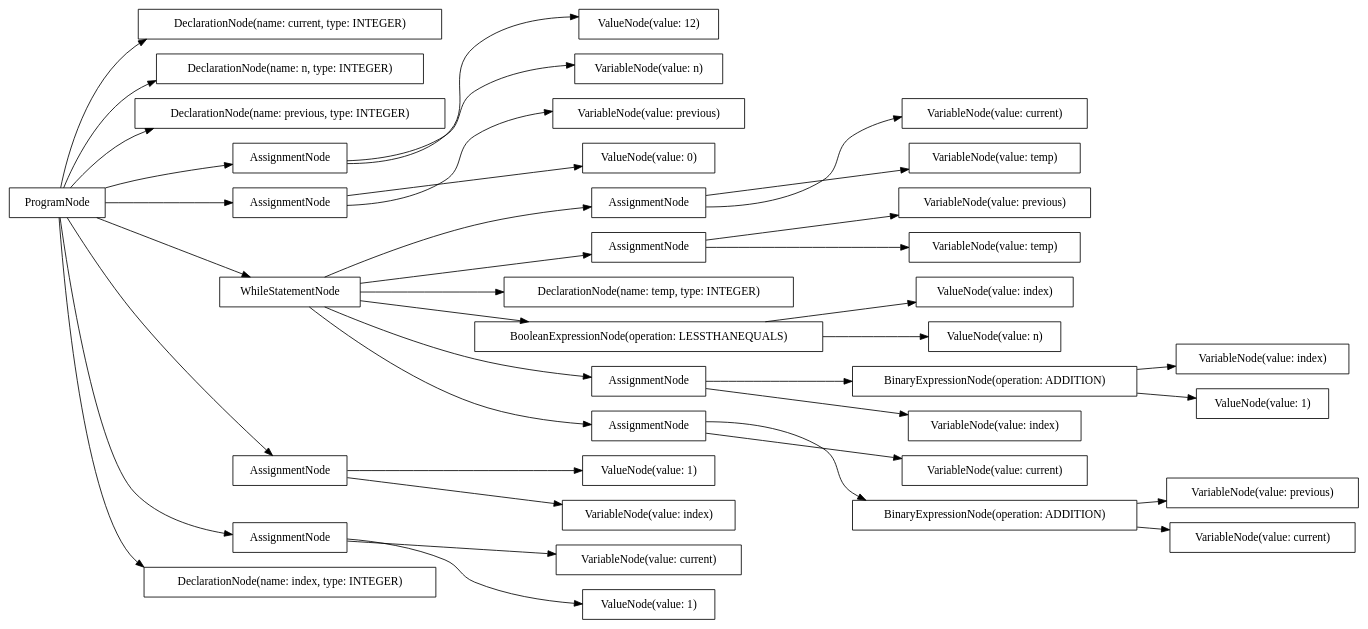
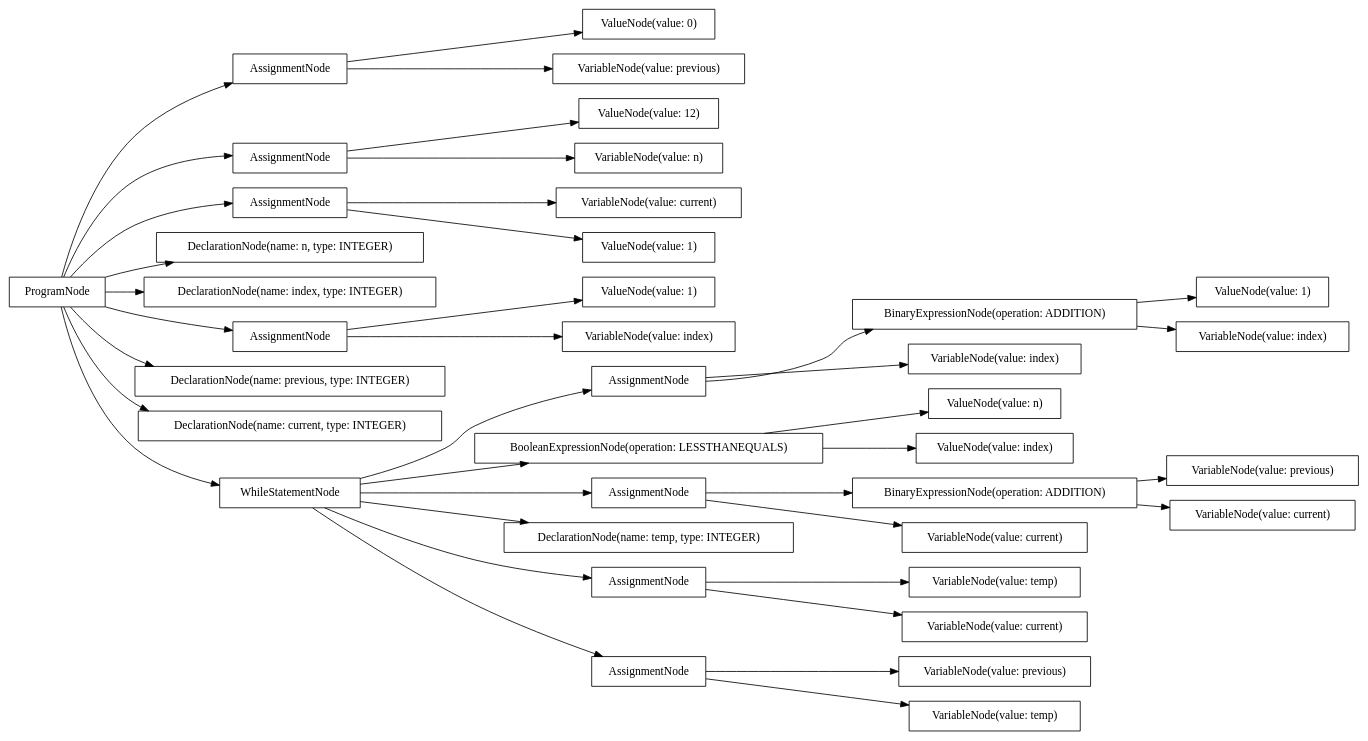
The diagram in src/output/dot/fibonacci.dot (AtLeastITry/ANTLR-Python-Compiler), drawn with Graphviz before and after one commit. The commit also changed 27 other files, not shown here.

```diff
--- a/src/output/dot/fibonacci.dot
+++ b/src/output/dot/fibonacci.dot
@@ -1,78 +1,78 @@
 digraph G {
 rankdir=LR
-"d351df20-705d-4ba7-b9bf-db72c77d54fa" [label="VariableNode(value: current)" shape="box"];
-"afb621a7-649d-4f29-9856-b1f657f5e0b6" [label="VariableNode(value: previous)" shape="box"];
-"07def248-705c-4af2-99a7-7efdf1d8cbbd" [label="VariableNode(value: previous)" shape="box"];
-"62715fe0-6ca6-4fcd-afc8-232fb898464d" [label="VariableNode(value: current)" shape="box"];
-"a962307b-da0e-4551-a25a-267df6364e5f" [label="AssignmentNode" shape="box"];
-"b2811796-68e4-46d4-bb67-082c1c452ca0" [label="VariableNode(value: current)" shape="box"];
-"6dfb905c-8f5f-4108-a3e1-308a78539245" [label="DeclarationNode(name: current, type: INTEGER)" shape="box"];
-"aa330441-91dc-4860-bff7-f1ae43f5a5ef" [label="VariableNode(value: temp)" shape="box"];
-"d94ba457-8ddc-47f6-9b8d-3f806da4d2cf" [label="ProgramNode" shape="box"];
-"3a541a2d-b094-4913-b15a-5819d9787b94" [label="VariableNode(value: temp)" shape="box"];
-"4c28daf3-78e5-468a-8c88-2329f12d582d" [label="DeclarationNode(name: n, type: INTEGER)" shape="box"];
-"bb4b544b-4f6b-4484-b106-6e90b7e80104" [label="BinaryExpressionNode(operation: ADDITION)" shape="box"];
-"3fcb11d2-99a3-4ea0-bd5d-3809beb4d22d" [label="VariableNode(value: index)" shape="box"];
-"934fa1f3-e337-4dd5-85e2-20c6f70688e5" [label="DeclarationNode(name: previous, type: INTEGER)" shape="box"];
-"a44e3297-3ae8-4b9c-aeea-5f449fb9d5a3" [label="ValueNode(value: 1)" shape="box"];
-"d9bb13e6-2620-47ba-bb6b-5ec1e2c679b7" [label="AssignmentNode" shape="box"];
-"4d9fc8d8-71e3-4b3f-8996-4f9dd0ab33db" [label="DeclarationNode(name: temp, type: INTEGER)" shape="box"];
-"95d0abc1-fd3b-4f1a-8b48-6d8484d48848" [label="VariableNode(value: index)" shape="box"];
-"40cc8a86-187b-42e3-9139-42bed0407db4" [label="ValueNode(value: 1)" shape="box"];
-"b891cab5-c0fa-4661-871a-b8c64f7cb87c" [label="VariableNode(value: previous)" shape="box"];
-"7054998d-5c93-4dc5-a447-4b06303ca5d1" [label="BooleanExpressionNode(operation: LESSTHANEQUALS)" shape="box"];
-"81e436a4-a9e8-4f60-85ce-1b355e9ba38c" [label="AssignmentNode" shape="box"];
-"c65bb265-a7fb-4e1e-a2bb-e29bc7bcc522" [label="AssignmentNode" shape="box"];
-"b11b3859-8898-4a51-8042-315af597e2a2" [label="ValueNode(value: 12)" shape="box"];
-"687618a6-bfc2-4875-84a6-3db3334574d1" [label="VariableNode(value: index)" shape="box"];
-"869e9b49-ee17-4fc6-af1f-0ada4cc21ee6" [label="ValueNode(value: index)" shape="box"];
-"79b38956-6ed8-4623-a594-6e58a9de77a5" [label="WhileStatementNode" shape="box"];
-"9d4ef86c-b6ca-422d-9a9b-645fba5941f2" [label="AssignmentNode" shape="box"];
-"8ed612ba-2ccb-4006-b5c2-46d0ff2610be" [label="AssignmentNode" shape="box"];
-"434b31d3-3b4c-4480-b0cd-a1e77cbb7029" [label="AssignmentNode" shape="box"];
-"99213c83-a2c9-42c0-8ae4-97d61e426134" [label="BinaryExpressionNode(operation: ADDITION)" shape="box"];
-"770ccbf3-055d-4c93-af0c-0ede708e9082" [label="VariableNode(value: current)" shape="box"];
-"7e5935e5-7318-4468-ae05-6d7d5ea778e3" [label="ValueNode(value: n)" shape="box"];
-"d1c4cabf-eab7-4641-8933-ea84a4aa1263" [label="ValueNode(value: 1)" shape="box"];
-"18864797-e775-49d3-b03f-bef4b9a128a5" [label="AssignmentNode" shape="box"];
-"0d1d17d1-65de-448d-b2f3-3c752d8021e0" [label="VariableNode(value: n)" shape="box"];
-"01a53c94-d742-45d3-98d1-23701994ef6c" [label="ValueNode(value: 0)" shape="box"];
-"bf854691-5297-4f42-b3ef-55fed016af79" [label="DeclarationNode(name: index, type: INTEGER)" shape="box"];
-"d94ba457-8ddc-47f6-9b8d-3f806da4d2cf" -> "4c28daf3-78e5-468a-8c88-2329f12d582d";
-"d94ba457-8ddc-47f6-9b8d-3f806da4d2cf" -> "934fa1f3-e337-4dd5-85e2-20c6f70688e5";
-"d94ba457-8ddc-47f6-9b8d-3f806da4d2cf" -> "6dfb905c-8f5f-4108-a3e1-308a78539245";
-"d94ba457-8ddc-47f6-9b8d-3f806da4d2cf" -> "bf854691-5297-4f42-b3ef-55fed016af79";
-"d94ba457-8ddc-47f6-9b8d-3f806da4d2cf" -> "81e436a4-a9e8-4f60-85ce-1b355e9ba38c";
-"81e436a4-a9e8-4f60-85ce-1b355e9ba38c" -> "0d1d17d1-65de-448d-b2f3-3c752d8021e0";
-"81e436a4-a9e8-4f60-85ce-1b355e9ba38c" -> "b11b3859-8898-4a51-8042-315af597e2a2";
-"d94ba457-8ddc-47f6-9b8d-3f806da4d2cf" -> "c65bb265-a7fb-4e1e-a2bb-e29bc7bcc522";
-"c65bb265-a7fb-4e1e-a2bb-e29bc7bcc522" -> "b891cab5-c0fa-4661-871a-b8c64f7cb87c";
-"c65bb265-a7fb-4e1e-a2bb-e29bc7bcc522" -> "01a53c94-d742-45d3-98d1-23701994ef6c";
-"d94ba457-8ddc-47f6-9b8d-3f806da4d2cf" -> "18864797-e775-49d3-b03f-bef4b9a128a5";
-"18864797-e775-49d3-b03f-bef4b9a128a5" -> "62715fe0-6ca6-4fcd-afc8-232fb898464d";
-"18864797-e775-49d3-b03f-bef4b9a128a5" -> "a44e3297-3ae8-4b9c-aeea-5f449fb9d5a3";
-"d94ba457-8ddc-47f6-9b8d-3f806da4d2cf" -> "9d4ef86c-b6ca-422d-9a9b-645fba5941f2";
-"9d4ef86c-b6ca-422d-9a9b-645fba5941f2" -> "687618a6-bfc2-4875-84a6-3db3334574d1";
-"9d4ef86c-b6ca-422d-9a9b-645fba5941f2" -> "40cc8a86-187b-42e3-9139-42bed0407db4";
-"d94ba457-8ddc-47f6-9b8d-3f806da4d2cf" -> "79b38956-6ed8-4623-a594-6e58a9de77a5";
-"79b38956-6ed8-4623-a594-6e58a9de77a5" -> "7054998d-5c93-4dc5-a447-4b06303ca5d1";
-"7054998d-5c93-4dc5-a447-4b06303ca5d1" -> "869e9b49-ee17-4fc6-af1f-0ada4cc21ee6";
-"7054998d-5c93-4dc5-a447-4b06303ca5d1" -> "7e5935e5-7318-4468-ae05-6d7d5ea778e3";
-"79b38956-6ed8-4623-a594-6e58a9de77a5" -> "4d9fc8d8-71e3-4b3f-8996-4f9dd0ab33db";
-"79b38956-6ed8-4623-a594-6e58a9de77a5" -> "a962307b-da0e-4551-a25a-267df6364e5f";
-"a962307b-da0e-4551-a25a-267df6364e5f" -> "3a541a2d-b094-4913-b15a-5819d9787b94";
-"a962307b-da0e-4551-a25a-267df6364e5f" -> "d351df20-705d-4ba7-b9bf-db72c77d54fa";
-"79b38956-6ed8-4623-a594-6e58a9de77a5" -> "434b31d3-3b4c-4480-b0cd-a1e77cbb7029";
-"434b31d3-3b4c-4480-b0cd-a1e77cbb7029" -> "b2811796-68e4-46d4-bb67-082c1c452ca0";
-"434b31d3-3b4c-4480-b0cd-a1e77cbb7029" -> "99213c83-a2c9-42c0-8ae4-97d61e426134";
-"99213c83-a2c9-42c0-8ae4-97d61e426134" -> "770ccbf3-055d-4c93-af0c-0ede708e9082";
-"99213c83-a2c9-42c0-8ae4-97d61e426134" -> "afb621a7-649d-4f29-9856-b1f657f5e0b6";
-"79b38956-6ed8-4623-a594-6e58a9de77a5" -> "d9bb13e6-2620-47ba-bb6b-5ec1e2c679b7";
-"d9bb13e6-2620-47ba-bb6b-5ec1e2c679b7" -> "07def248-705c-4af2-99a7-7efdf1d8cbbd";
-"d9bb13e6-2620-47ba-bb6b-5ec1e2c679b7" -> "aa330441-91dc-4860-bff7-f1ae43f5a5ef";
-"79b38956-6ed8-4623-a594-6e58a9de77a5" -> "8ed612ba-2ccb-4006-b5c2-46d0ff2610be";
-"8ed612ba-2ccb-4006-b5c2-46d0ff2610be" -> "3fcb11d2-99a3-4ea0-bd5d-3809beb4d22d";
-"8ed612ba-2ccb-4006-b5c2-46d0ff2610be" -> "bb4b544b-4f6b-4484-b106-6e90b7e80104";
-"bb4b544b-4f6b-4484-b106-6e90b7e80104" -> "95d0abc1-fd3b-4f1a-8b48-6d8484d48848";
-"bb4b544b-4f6b-4484-b106-6e90b7e80104" -> "d1c4cabf-eab7-4641-8933-ea84a4aa1263";
+"758e87f8-3700-4b4b-a46a-335cfe72c9bd" [label="VariableNode(value: current)" shape="box"];
+"7b184967-0028-4b45-9130-c0f030b28766" [label="AssignmentNode" shape="box"];
+"cc47fc6d-44df-4bf0-8711-1a36c2c660ec" [label="AssignmentNode" shape="box"];
+"ed6d64d2-b5a5-4976-8cf6-c78ffff50ca8" [label="AssignmentNode" shape="box"];
+"f66252fe-bddf-4716-b5b7-cdb740a88d74" [label="AssignmentNode" shape="box"];
+"9ffbd37d-c9d5-4bf7-a9f4-8ca41c539aec" [label="DeclarationNode(name: n, type: INTEGER)" shape="box"];
+"d711e33c-3684-41d2-87ec-b0161762f3ee" [label="VariableNode(value: previous)" shape="box"];
+"8d0e8b3c-b594-4d32-9597-21e71024e1ce" [label="DeclarationNode(name: index, type: INTEGER)" shape="box"];
+"d8d54c6c-949c-484b-9edb-17b0cd95d201" [label="ValueNode(value: 1)" shape="box"];
+"4a8c62e1-796e-4714-b318-412b3215c3e0" [label="ValueNode(value: 1)" shape="box"];
+"175ec49c-8d45-4d2d-bff0-80fe78243952" [label="ValueNode(value: 12)" shape="box"];
+"754b1b68-b2b7-418b-af2f-923efcc3db1e" [label="BinaryExpressionNode(operation: ADDITION)" shape="box"];
+"5b030e13-bbc3-4cb2-a45c-3d39f6ab907b" [label="VariableNode(value: previous)" shape="box"];
+"594c1354-8241-4291-892d-89b66bd35d56" [label="VariableNode(value: temp)" shape="box"];
+"bee330e6-4e87-4c4c-ac0c-f7d1e3a8106c" [label="AssignmentNode" shape="box"];
+"91eb00e1-5ceb-456e-98d7-7892abe1d4b3" [label="ValueNode(value: n)" shape="box"];
+"9b2675c5-fbf3-450a-addd-f1acadf20a02" [label="DeclarationNode(name: previous, type: INTEGER)" shape="box"];
+"19f87d57-4fdf-4f5b-82aa-59a9af46be73" [label="BooleanExpressionNode(operation: LESSTHANEQUALS)" shape="box"];
+"adec7716-40ad-491c-a67b-cf7bc5c7a192" [label="VariableNode(value: index)" shape="box"];
+"a0948798-efc5-4159-9c7b-32d752c17022" [label="BinaryExpressionNode(operation: ADDITION)" shape="box"];
+"1337897e-29a7-4a75-baa7-06ccb3e908fb" [label="ValueNode(value: 0)" shape="box"];
+"bc7c0525-d591-40fa-8847-737034de9178" [label="AssignmentNode" shape="box"];
+"86c2bcda-6669-4e43-a198-a6053d1ab411" [label="DeclarationNode(name: temp, type: INTEGER)" shape="box"];
+"29b3723e-0d92-4f94-9274-1654600ecac0" [label="ProgramNode" shape="box"];
+"8866562d-389d-4cb7-8b33-3eb20744644f" [label="ValueNode(value: 1)" shape="box"];
+"398151b3-c591-45c2-8db9-573e3bb4bbbe" [label="VariableNode(value: temp)" shape="box"];
+"18a51010-f6bf-463c-9da9-e0838767b009" [label="VariableNode(value: n)" shape="box"];
+"24b937b9-e07f-478a-bbcf-7c8449e49028" [label="VariableNode(value: current)" shape="box"];
+"0bf64e06-c32a-4e4b-9ba7-077f1369e813" [label="DeclarationNode(name: current, type: INTEGER)" shape="box"];
+"a6055a03-f5d2-4c46-8368-06c0e54fb286" [label="VariableNode(value: previous)" shape="box"];
+"d15508ba-3fe5-43c7-a5bc-af52756458f4" [label="VariableNode(value: index)" shape="box"];
+"8c62ea3e-5658-473d-a812-fbbf36d266f5" [label="VariableNode(value: index)" shape="box"];
+"453d165a-ae33-4ae7-af14-011376e3b422" [label="VariableNode(value: current)" shape="box"];
+"5769147d-badb-4f45-bd46-68f5cb8fc701" [label="AssignmentNode" shape="box"];
+"9f01a66b-8a12-4da3-8d1c-f5852c8e7a34" [label="WhileStatementNode" shape="box"];
+"f17347d5-ec1d-4eb3-9e9f-53cd7e0ce66e" [label="ValueNode(value: index)" shape="box"];
+"4c120228-02db-4c13-8482-e975bb86c73b" [label="AssignmentNode" shape="box"];
+"fc5bbfc4-cd9b-4c3a-a6d5-fd949a7dc53b" [label="VariableNode(value: current)" shape="box"];
+"29b3723e-0d92-4f94-9274-1654600ecac0" -> "9ffbd37d-c9d5-4bf7-a9f4-8ca41c539aec";
+"29b3723e-0d92-4f94-9274-1654600ecac0" -> "9b2675c5-fbf3-450a-addd-f1acadf20a02";
+"29b3723e-0d92-4f94-9274-1654600ecac0" -> "0bf64e06-c32a-4e4b-9ba7-077f1369e813";
+"29b3723e-0d92-4f94-9274-1654600ecac0" -> "8d0e8b3c-b594-4d32-9597-21e71024e1ce";
+"29b3723e-0d92-4f94-9274-1654600ecac0" -> "cc47fc6d-44df-4bf0-8711-1a36c2c660ec";
+"cc47fc6d-44df-4bf0-8711-1a36c2c660ec" -> "18a51010-f6bf-463c-9da9-e0838767b009";
+"cc47fc6d-44df-4bf0-8711-1a36c2c660ec" -> "175ec49c-8d45-4d2d-bff0-80fe78243952";
+"29b3723e-0d92-4f94-9274-1654600ecac0" -> "7b184967-0028-4b45-9130-c0f030b28766";
+"7b184967-0028-4b45-9130-c0f030b28766" -> "a6055a03-f5d2-4c46-8368-06c0e54fb286";
+"7b184967-0028-4b45-9130-c0f030b28766" -> "1337897e-29a7-4a75-baa7-06ccb3e908fb";
+"29b3723e-0d92-4f94-9274-1654600ecac0" -> "ed6d64d2-b5a5-4976-8cf6-c78ffff50ca8";
+"ed6d64d2-b5a5-4976-8cf6-c78ffff50ca8" -> "758e87f8-3700-4b4b-a46a-335cfe72c9bd";
+"ed6d64d2-b5a5-4976-8cf6-c78ffff50ca8" -> "d8d54c6c-949c-484b-9edb-17b0cd95d201";
+"29b3723e-0d92-4f94-9274-1654600ecac0" -> "bee330e6-4e87-4c4c-ac0c-f7d1e3a8106c";
+"bee330e6-4e87-4c4c-ac0c-f7d1e3a8106c" -> "d15508ba-3fe5-43c7-a5bc-af52756458f4";
+"bee330e6-4e87-4c4c-ac0c-f7d1e3a8106c" -> "8866562d-389d-4cb7-8b33-3eb20744644f";
+"29b3723e-0d92-4f94-9274-1654600ecac0" -> "9f01a66b-8a12-4da3-8d1c-f5852c8e7a34";
+"9f01a66b-8a12-4da3-8d1c-f5852c8e7a34" -> "19f87d57-4fdf-4f5b-82aa-59a9af46be73";
+"19f87d57-4fdf-4f5b-82aa-59a9af46be73" -> "f17347d5-ec1d-4eb3-9e9f-53cd7e0ce66e";
+"19f87d57-4fdf-4f5b-82aa-59a9af46be73" -> "91eb00e1-5ceb-456e-98d7-7892abe1d4b3";
+"9f01a66b-8a12-4da3-8d1c-f5852c8e7a34" -> "86c2bcda-6669-4e43-a198-a6053d1ab411";
+"9f01a66b-8a12-4da3-8d1c-f5852c8e7a34" -> "5769147d-badb-4f45-bd46-68f5cb8fc701";
+"5769147d-badb-4f45-bd46-68f5cb8fc701" -> "594c1354-8241-4291-892d-89b66bd35d56";
+"5769147d-badb-4f45-bd46-68f5cb8fc701" -> "24b937b9-e07f-478a-bbcf-7c8449e49028";
+"9f01a66b-8a12-4da3-8d1c-f5852c8e7a34" -> "bc7c0525-d591-40fa-8847-737034de9178";
+"bc7c0525-d591-40fa-8847-737034de9178" -> "453d165a-ae33-4ae7-af14-011376e3b422";
+"bc7c0525-d591-40fa-8847-737034de9178" -> "a0948798-efc5-4159-9c7b-32d752c17022";
+"a0948798-efc5-4159-9c7b-32d752c17022" -> "fc5bbfc4-cd9b-4c3a-a6d5-fd949a7dc53b";
+"a0948798-efc5-4159-9c7b-32d752c17022" -> "d711e33c-3684-41d2-87ec-b0161762f3ee";
+"9f01a66b-8a12-4da3-8d1c-f5852c8e7a34" -> "4c120228-02db-4c13-8482-e975bb86c73b";
+"4c120228-02db-4c13-8482-e975bb86c73b" -> "5b030e13-bbc3-4cb2-a45c-3d39f6ab907b";
+"4c120228-02db-4c13-8482-e975bb86c73b" -> "398151b3-c591-45c2-8db9-573e3bb4bbbe";
+"9f01a66b-8a12-4da3-8d1c-f5852c8e7a34" -> "f66252fe-bddf-4716-b5b7-cdb740a88d74";
+"f66252fe-bddf-4716-b5b7-cdb740a88d74" -> "adec7716-40ad-491c-a67b-cf7bc5c7a192";
+"f66252fe-bddf-4716-b5b7-cdb740a88d74" -> "754b1b68-b2b7-418b-af2f-923efcc3db1e";
+"754b1b68-b2b7-418b-af2f-923efcc3db1e" -> "8c62ea3e-5658-473d-a812-fbbf36d266f5";
+"754b1b68-b2b7-418b-af2f-923efcc3db1e" -> "4a8c62e1-796e-4714-b318-412b3215c3e0";
 }
```
